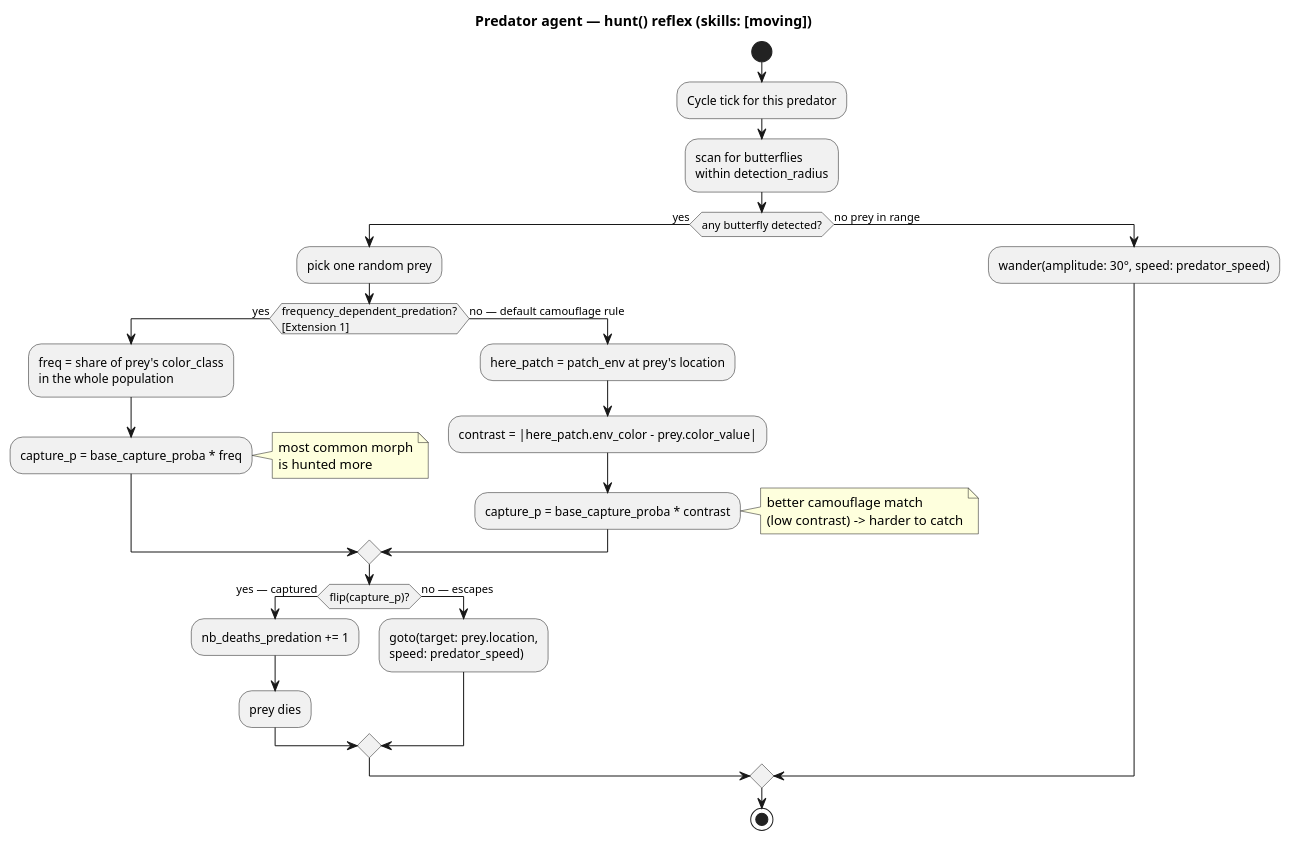
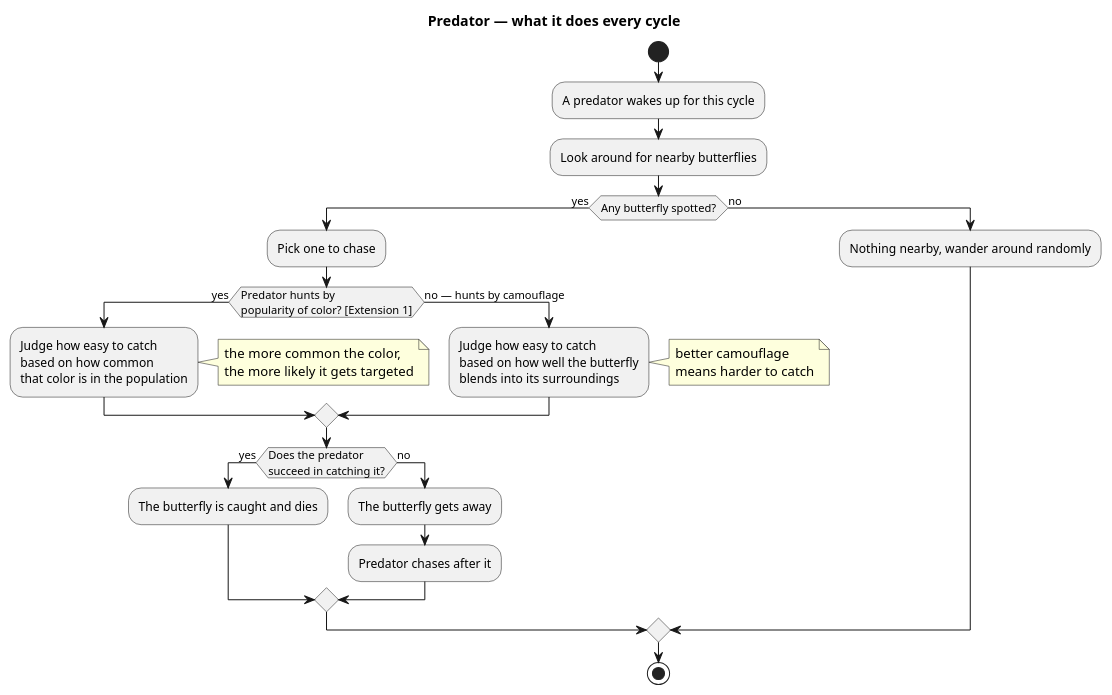
One commit to oudommeng/SSO-GAMA-Butterfly-Coloration-Evolution changed the diagram in diagrams/activity_predator.puml. Above: the diagram before and after it, drawn with PlantUML. The commit also changed 3 other files, not shown here.

Commit message:
docs: simplify PlantUML diagram text and descriptions for better readability

```diff
--- a/diagrams/activity_predator.puml
+++ b/diagrams/activity_predator.puml
@@ -1,35 +1,32 @@
 @startuml Project01_Activity_Predator
-title Predator agent — hunt() reflex (skills: [moving])
+title Predator — what it does every cycle
 
 start
-:Cycle tick for this predator;
-:scan for butterflies\nwithin detection_radius;
+:A predator wakes up for this cycle;
+:Look around for nearby butterflies;
 
-if (any butterfly detected?) then (yes)
-  :pick one random prey;
+if (Any butterfly spotted?) then (yes)
+  :Pick one to chase;
 
-  if (frequency_dependent_predation?\n[Extension 1]) then (yes)
-    :freq = share of prey's color_class\nin the whole population;
-    :capture_p = base_capture_proba * freq;
-    note right: most common morph\nis hunted more
-  else (no — default camouflage rule)
-    :here_patch = patch_env at prey's location;
-    :contrast = |here_patch.env_color - prey.color_value|;
-    :capture_p = base_capture_proba * contrast;
-    note right: better camouflage match\n(low contrast) -> harder to catch
+  if (Predator hunts by\npopularity of color? [Extension 1]) then (yes)
+    :Judge how easy to catch\nbased on how common\nthat color is in the population;
+    note right: the more common the color,\nthe more likely it gets targeted
+  else (no — hunts by camouflage)
+    :Judge how easy to catch\nbased on how well the butterfly\nblends into its surroundings;
+    note right: better camouflage\nmeans harder to catch
   endif
 
-  if (flip(capture_p)?) then (yes — captured)
-    :nb_deaths_predation += 1;
-    :prey dies;
-  else (no — escapes)
-    :goto(target: prey.location,\nspeed: predator_speed);
+  if (Does the predator\nsucceed in catching it?) then (yes)
+    :The butterfly is caught and dies;
+  else (no)
+    :The butterfly gets away;
+    :Predator chases after it;
   endif
 
-else (no prey in range)
-  :wander(amplitude: 30°, speed: predator_speed);
+else (no)
+  :Nothing nearby, wander around randomly;
 endif
 
 stop
 
 @enduml
```
